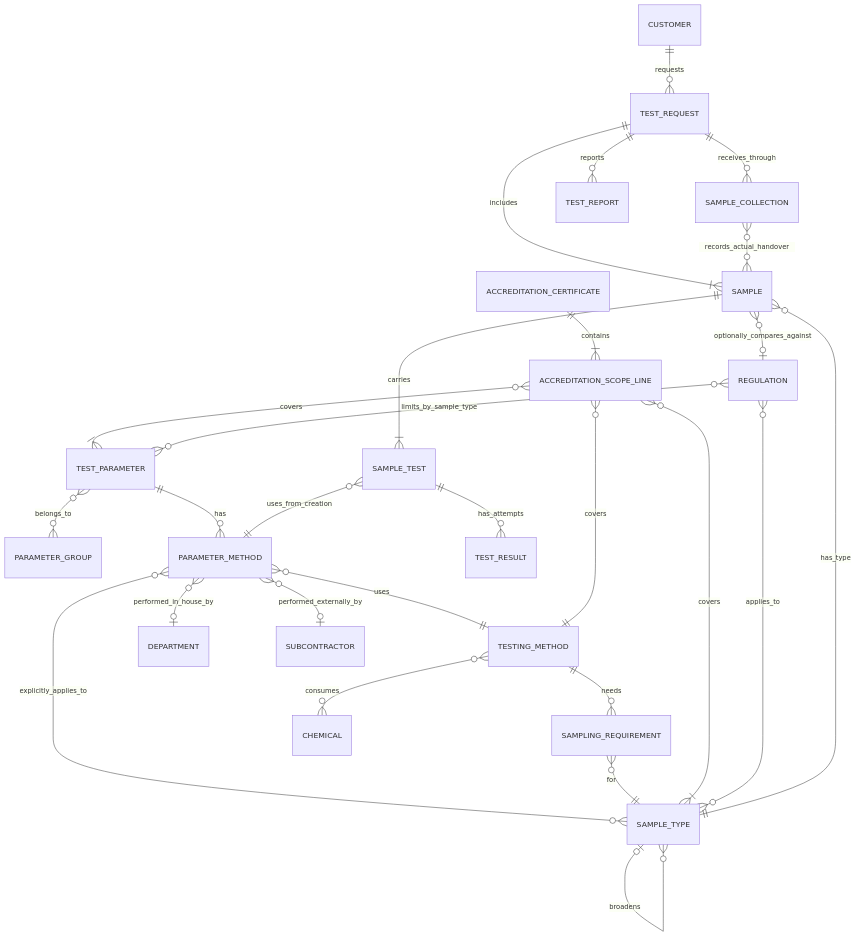
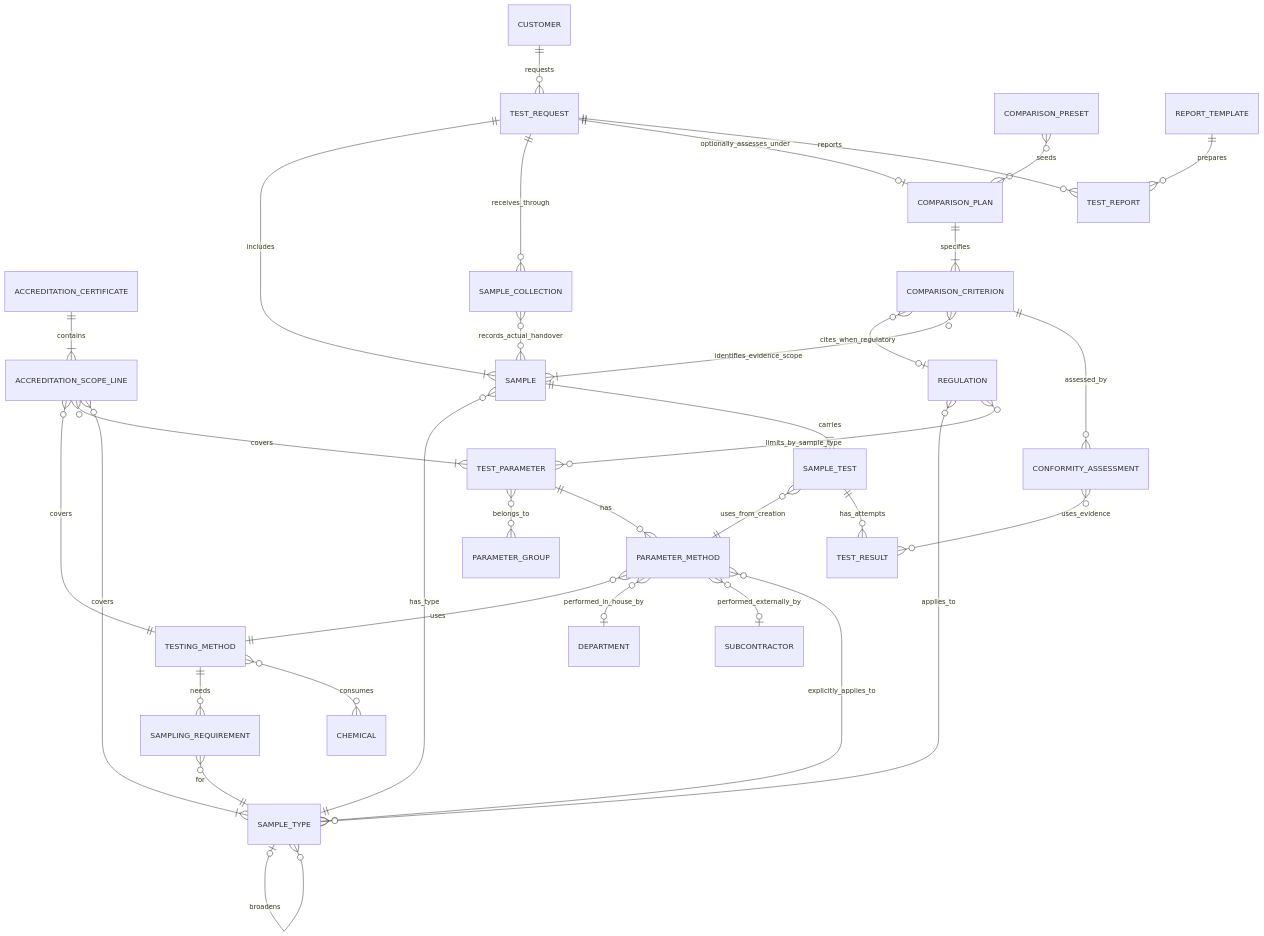
The first of 3 diagrams in docs/functional/conceptual-model.md (SoltuneMontepre/medilab), drawn with Mermaid before and after one commit. The commit also changed other lines of this file and 28 other files, not shown here.

Commit message:
[docs] Preserve report templates, conformity plans and source material

````diff
--- a/docs/functional/conceptual-model.md
+++ b/docs/functional/conceptual-model.md
@@ -13,29 +13,36 @@
 ```mermaid
 erDiagram
     SAMPLE_TYPE o|--o{ SAMPLE_TYPE : broadens
     TEST_PARAMETER }o--o{ PARAMETER_GROUP : belongs_to
     TEST_PARAMETER ||--o{ PARAMETER_METHOD : has
     PARAMETER_METHOD }o--|| TESTING_METHOD : uses
     PARAMETER_METHOD }o--o| DEPARTMENT : performed_in_house_by
     PARAMETER_METHOD }o--o| SUBCONTRACTOR : performed_externally_by
     PARAMETER_METHOD }o--o{ SAMPLE_TYPE : explicitly_applies_to
     TESTING_METHOD ||--o{ SAMPLING_REQUIREMENT : needs
     SAMPLING_REQUIREMENT }o--|| SAMPLE_TYPE : for
     TESTING_METHOD }o--o{ CHEMICAL : consumes
     ACCREDITATION_CERTIFICATE ||--|{ ACCREDITATION_SCOPE_LINE : contains
     ACCREDITATION_SCOPE_LINE }o--|| TESTING_METHOD : covers
     ACCREDITATION_SCOPE_LINE }o--|{ TEST_PARAMETER : covers
     ACCREDITATION_SCOPE_LINE }o--|{ SAMPLE_TYPE : covers
     REGULATION }o--o{ SAMPLE_TYPE : applies_to
     REGULATION }o--o{ TEST_PARAMETER : limits_by_sample_type
     CUSTOMER ||--o{ TEST_REQUEST : requests
     TEST_REQUEST ||--|{ SAMPLE : includes
     TEST_REQUEST ||--o{ SAMPLE_COLLECTION : receives_through
+    TEST_REQUEST ||--o| COMPARISON_PLAN : optionally_assesses_under
+    COMPARISON_PRESET }o--o{ COMPARISON_PLAN : seeds
+    COMPARISON_PLAN ||--|{ COMPARISON_CRITERION : specifies
+    COMPARISON_CRITERION }o--o| REGULATION : cites_when_regulatory
+    COMPARISON_CRITERION }o--|{ SAMPLE : identifies_evidence_scope
+    COMPARISON_CRITERION ||--o{ CONFORMITY_ASSESSMENT : assessed_by
+    CONFORMITY_ASSESSMENT }o--o{ TEST_RESULT : uses_evidence
     SAMPLE_COLLECTION }o--o{ SAMPLE : records_actual_handover
     SAMPLE }o--|| SAMPLE_TYPE : has_type
-    SAMPLE }o--o| REGULATION : optionally_compares_against
     SAMPLE ||--|{ SAMPLE_TEST : carries
     SAMPLE_TEST }o--|| PARAMETER_METHOD : uses_from_creation
     SAMPLE_TEST ||--o{ TEST_RESULT : has_attempts
     TEST_REQUEST ||--o{ TEST_REPORT : reports
+    REPORT_TEMPLATE ||--o{ TEST_REPORT : prepares
 ```
````
